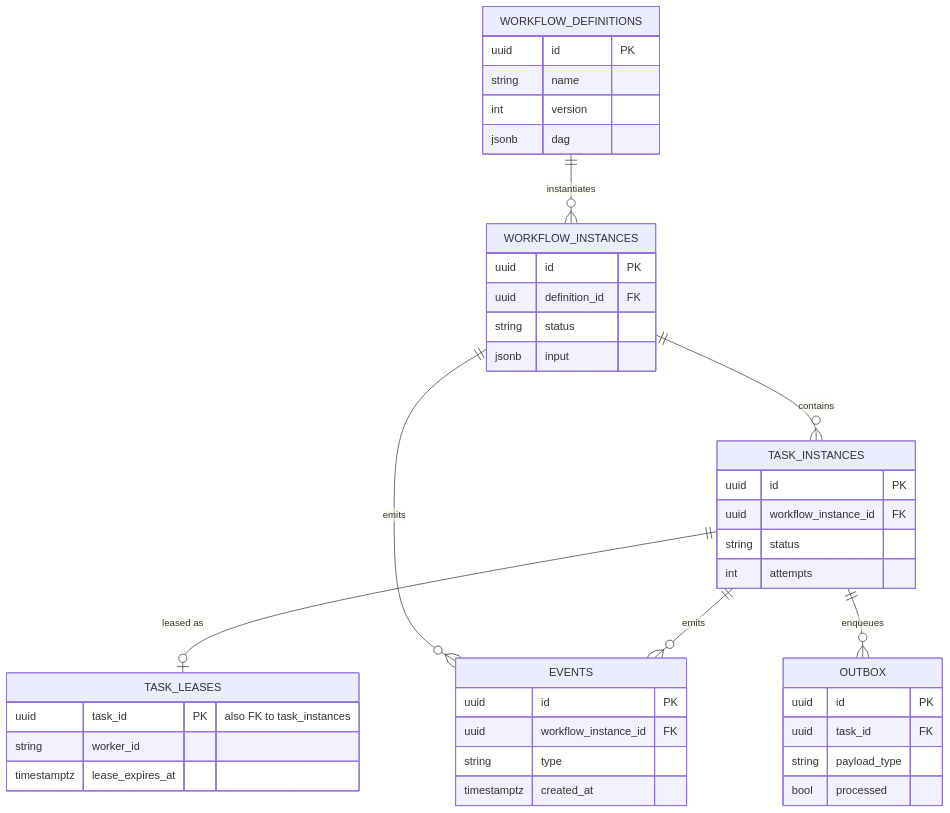
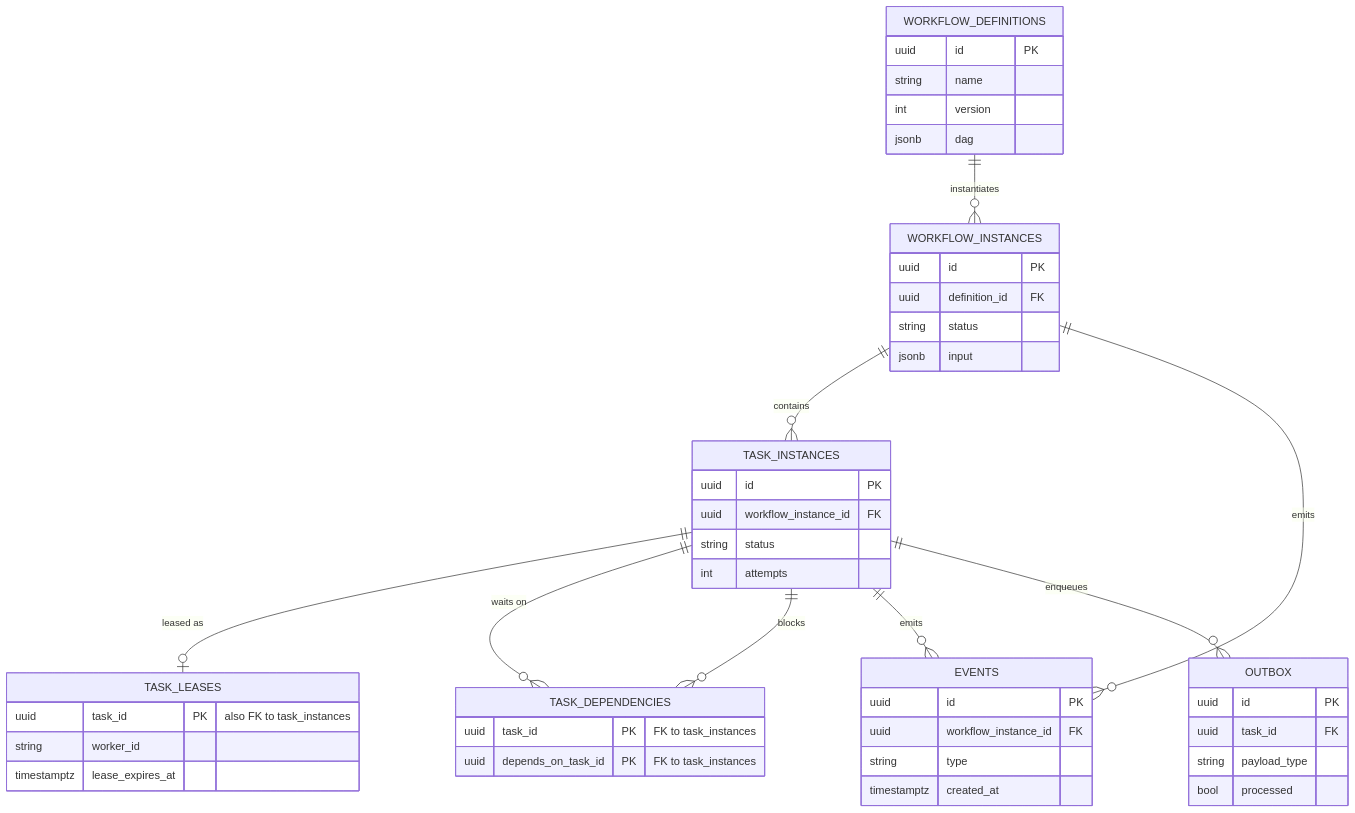
One commit to mnemarius/workflow-manager changed the second of 2 diagrams in docs/diagrams/logical-view.md. Above: the diagram before and after it, drawn with Mermaid. The commit also changed other lines of this file and 9 other files, not shown here.

First line of the commit message:
feat(worker-sdk,docs): order-fulfillment demo + M3 docs/ADR/diagram sync

````diff
--- a/docs/diagrams/logical-view.md
+++ b/docs/diagrams/logical-view.md
@@ -58,45 +58,51 @@
 ```mermaid
 erDiagram
     WORKFLOW_DEFINITIONS ||--o{ WORKFLOW_INSTANCES : instantiates
     WORKFLOW_INSTANCES ||--o{ TASK_INSTANCES : contains
     TASK_INSTANCES ||--o| TASK_LEASES : "leased as"
+    TASK_INSTANCES ||--o{ TASK_DEPENDENCIES : "waits on"
+    TASK_INSTANCES ||--o{ TASK_DEPENDENCIES : "blocks"
     WORKFLOW_INSTANCES ||--o{ EVENTS : emits
     TASK_INSTANCES ||--o{ EVENTS : emits
     TASK_INSTANCES ||--o{ OUTBOX : enqueues
 
     WORKFLOW_DEFINITIONS {
         uuid id PK
         string name
         int version
         jsonb dag
     }
     WORKFLOW_INSTANCES {
         uuid id PK
         uuid definition_id FK
         string status
         jsonb input
     }
     TASK_INSTANCES {
         uuid id PK
         uuid workflow_instance_id FK
         string status
         int attempts
     }
+    TASK_DEPENDENCIES {
+        uuid task_id PK "FK to task_instances"
+        uuid depends_on_task_id PK "FK to task_instances"
+    }
     TASK_LEASES {
         uuid task_id PK "also FK to task_instances"
         string worker_id
         timestamptz lease_expires_at
     }
     EVENTS {
         uuid id PK
         uuid workflow_instance_id FK
         string type
         timestamptz created_at
     }
     OUTBOX {
         uuid id PK
         uuid task_id FK
         string payload_type
         bool processed
     }
 ```
````
